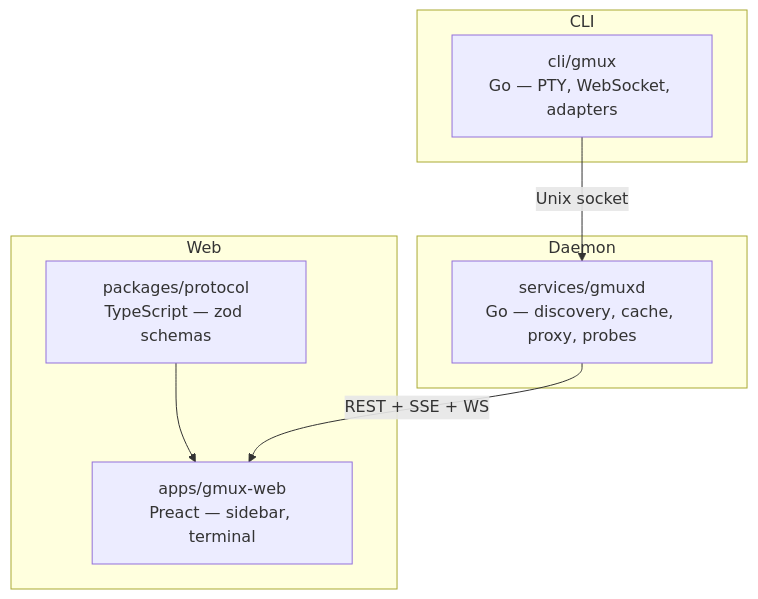
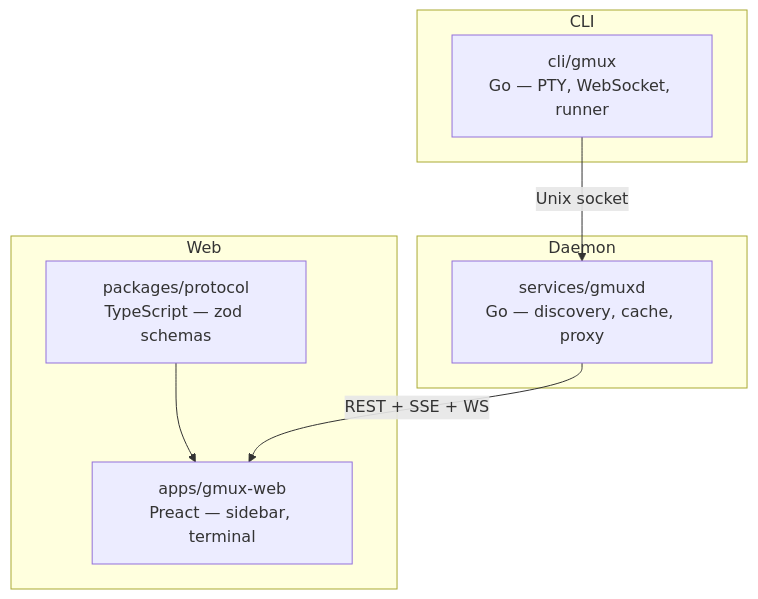
The second of 2 diagrams in README.md (gmuxapp/gmux), drawn with Mermaid before and after one commit. The commit also changed other lines of this file and 42 other files, not shown here.

````diff
--- a/README.md
+++ b/README.md
@@ -158,19 +145,19 @@
 ```mermaid
 graph TB
     subgraph "CLI"
-        gmux2["cli/gmux\nGo — PTY, WebSocket, adapters"]
+        gmux2["cli/gmux\nGo — PTY, WebSocket, runner"]
     end
 
     subgraph "Daemon"
-        gmuxd1["services/gmuxd\nGo — discovery, cache, proxy, probes"]
+        gmuxd1["services/gmuxd\nGo — discovery, cache, proxy"]
     end
 
     subgraph "Web"
         web["apps/gmux-web\nPreact — sidebar, terminal"]
         proto["packages/protocol\nTypeScript — zod schemas"]
         proto --> web
     end
 
     gmux2 -- "Unix socket" --> gmuxd1
     gmuxd1 -- "REST + SSE + WS" --> web
 ```
````
